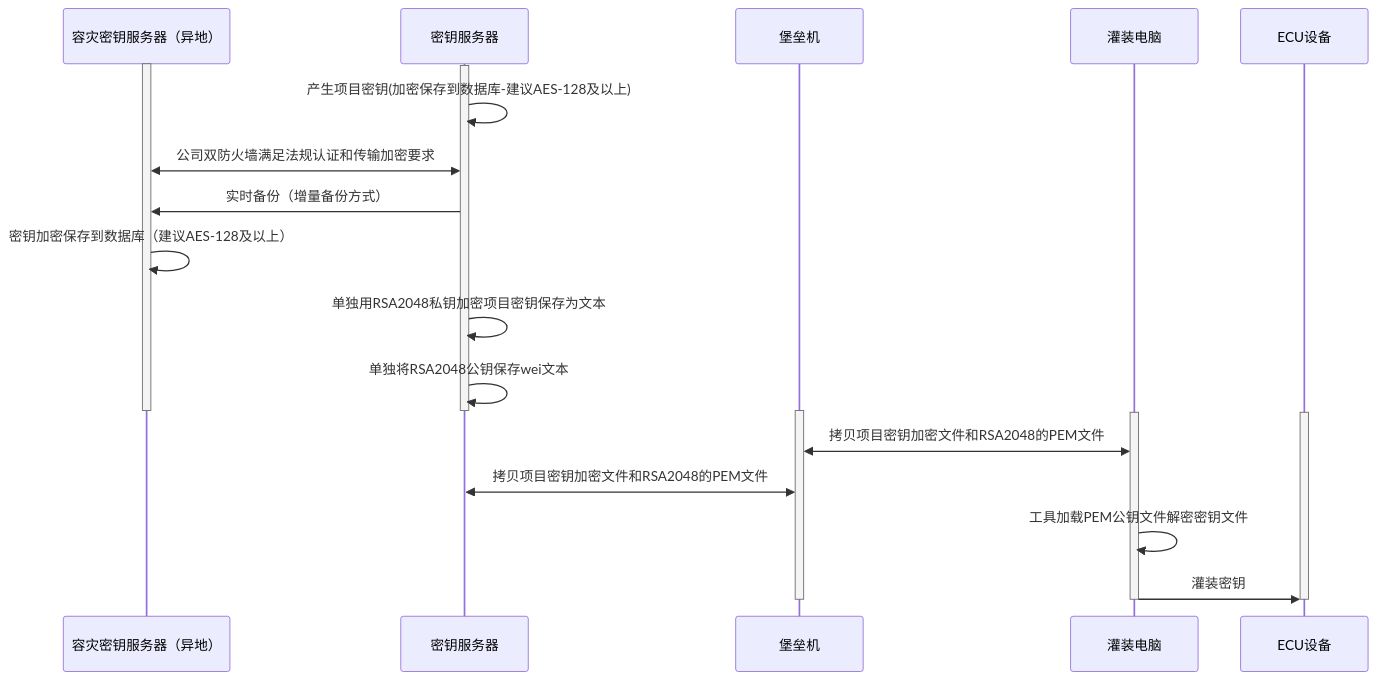
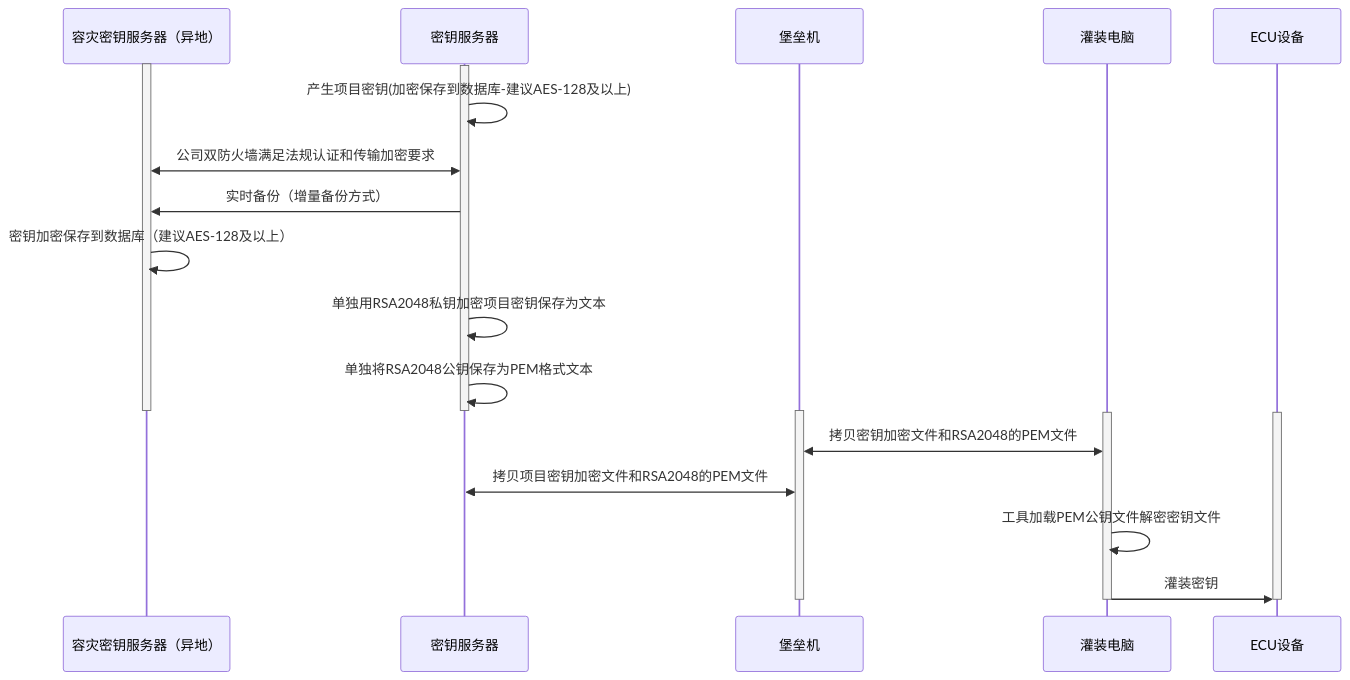
One commit to facebook-cloud/iodraw-files changed the diagram in all/未命名-15.md. Above: the diagram before and after it, drawn with Mermaid.

Commit message:
2026-02-07 14:09:09 update

````diff
--- a/all/未命名-15.md
+++ b/all/未命名-15.md
@@ -1,32 +1,32 @@
 ```mermaid
 sequenceDiagram
     participant A as 容灾密钥服务器（异地）
     participant B as 密钥服务器
     participant C as 堡垒机
     participant D as 灌装电脑
     participant E as ECU设备
 
     activate A
     activate B
     B->>B: 产生项目密钥(加密保存到数据库-建议AES-128及以上)
     A<<->>B: 公司双防火墙满足法规认证和传输加密要求
     B->>A: 实时备份（增量备份方式）
     A->>A: 密钥加密保存到数据库（建议AES-128及以上）
     B->>B: 单独用RSA2048私钥加密项目密钥保存为文本
-    B->>B: 单独将RSA2048公钥保存wei文本
+    B->>B: 单独将RSA2048公钥保存为PEM格式文本
     deactivate B
     deactivate A
 
     activate C
     activate D
     activate E
 
-    D<<->>C: 拷贝项目密钥加密文件和RSA2048的PEM文件
+    D<<->>C: 拷贝密钥加密文件和RSA2048的PEM文件
     C<<->>B: 拷贝项目密钥加密文件和RSA2048的PEM文件
     D->>D:工具加载PEM公钥文件解密密钥文件
     D->>E: 灌装密钥
     deactivate C
     deactivate D
     deactivate E
 
 ```
````
